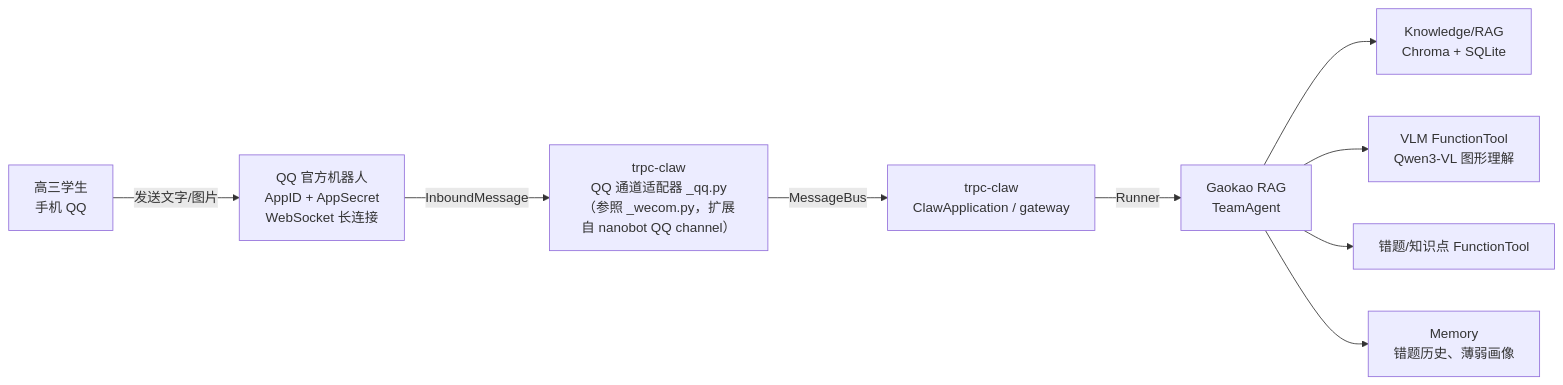
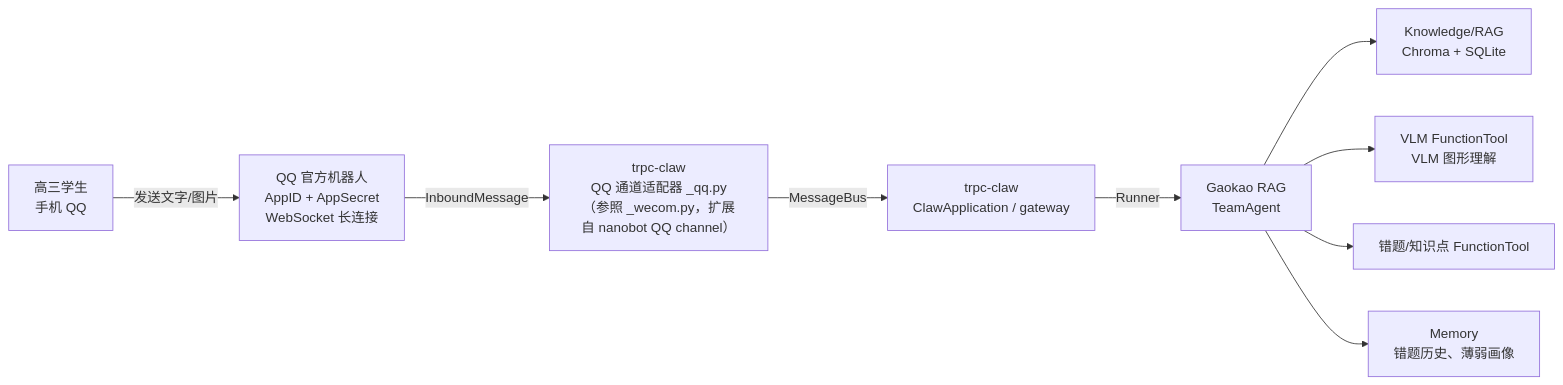
One commit to ttzc/gaokao_rag changed the diagram in docs/im_interface.md. Above: the diagram before and after it, drawn with Mermaid. The commit also changed 5 other files, not shown here.

First line of the commit message:
docs: 清理全库 Qwen3-VL 残留（VLM 选型已切换 Qwen3.7-Flash/Plus）

````diff
--- a/docs/im_interface.md
+++ b/docs/im_interface.md
@@ -138,12 +138,12 @@
 ```mermaid
 flowchart LR
     A[高三学生<br/>手机 QQ] -->|发送文字/图片| B[QQ 官方机器人<br/>AppID + AppSecret<br/>WebSocket 长连接]
     B -->|InboundMessage| C[trpc-claw<br/>QQ 通道适配器 _qq.py<br/>（参照 _wecom.py，扩展自 nanobot QQ channel）]
     C -->|MessageBus| D[trpc-claw<br/>ClawApplication / gateway]
     D -->|Runner| E[Gaokao RAG<br/>TeamAgent]
     
     E --> F[Knowledge/RAG<br/>Chroma + SQLite]
-    E --> G[VLM FunctionTool<br/>Qwen3-VL 图形理解]
+    E --> G[VLM FunctionTool<br/>VLM 图形理解]
     E --> H[错题/知识点 FunctionTool]
     E --> I[Memory<br/>错题历史、薄弱画像]
 ```
````
